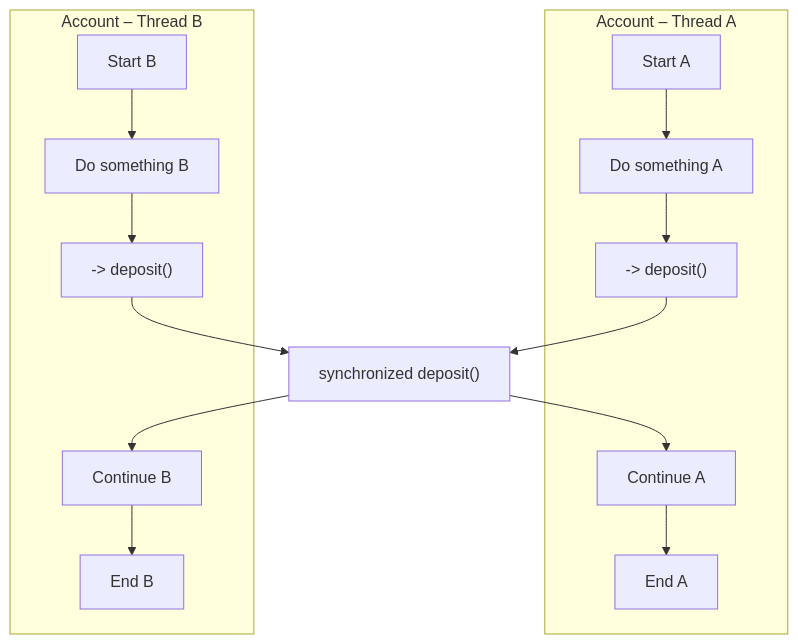
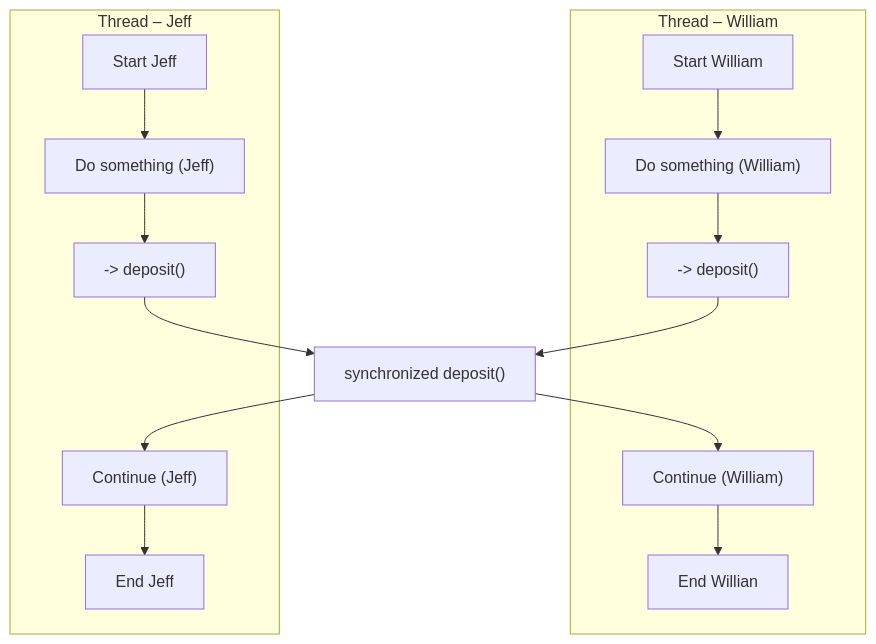
Before and after one commit to vesavvo/Object-Oriented-Programming: the diagram in 5.2_Synchronization.md, drawn with Mermaid. The commit also changed other lines of this file, not shown here.

Commit message:
Update 5.2_Synchronization.md
Renamed Threads in visual repr.

````diff
--- a/5.2_Synchronization.md
+++ b/5.2_Synchronization.md
@@ -215,29 +215,26 @@
 ```mermaid
 flowchart TD
-    %% Thread A vasemmalle
-    subgraph AccountA [Account – Thread A]
-        A1[Start A]
-        A2[Do something A]
+    subgraph Willian [Thread – William]
+        A1[Start William]
+        A2["Do something (William)"]
         SyncStartA["-> deposit()"]
-        A3[Continue A]
-        A4[End A]
+        A3["Continue (William)"]
+        A4[End Willian]
     end
 
-    %% Thread B oikealle
-    subgraph AccountB [Account – Thread B]
-        B1[Start B]
-        B2[Do something B]
+    subgraph Jeff [Thread – Jeff]
+        B1[Start Jeff]
+        B2["Do something (Jeff)"]
         SyncStartB["-> deposit()"]
-        B3[Continue B]
-        B4[End B]
+        B3["Continue (Jeff)"]
+        B4[End Jeff]
     end
 
-    %% Yhdistävä logiikka
     A1 --> A2 --> SyncStartA
     B1 --> B2 --> SyncStartB
 
-    SyncStartA & SyncStartB --> SyncFunc[" synchronized deposit() "]
+    SyncStartA & SyncStartB --> SyncFunc[" synchronized deposit()"]
 
     SyncFunc --> A3 --> A4
     SyncFunc --> B3 --> B4
 ```
````
